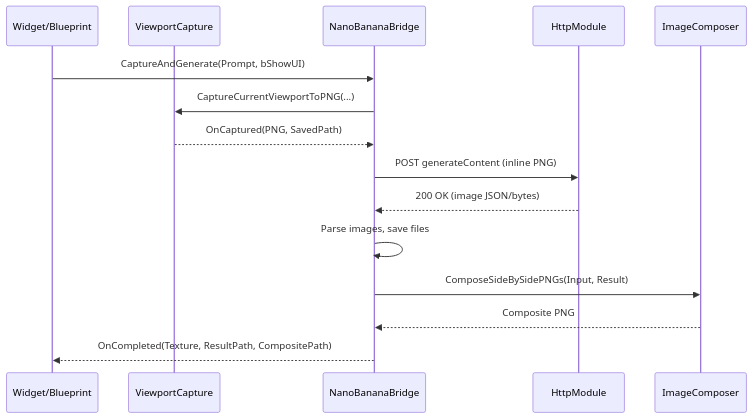
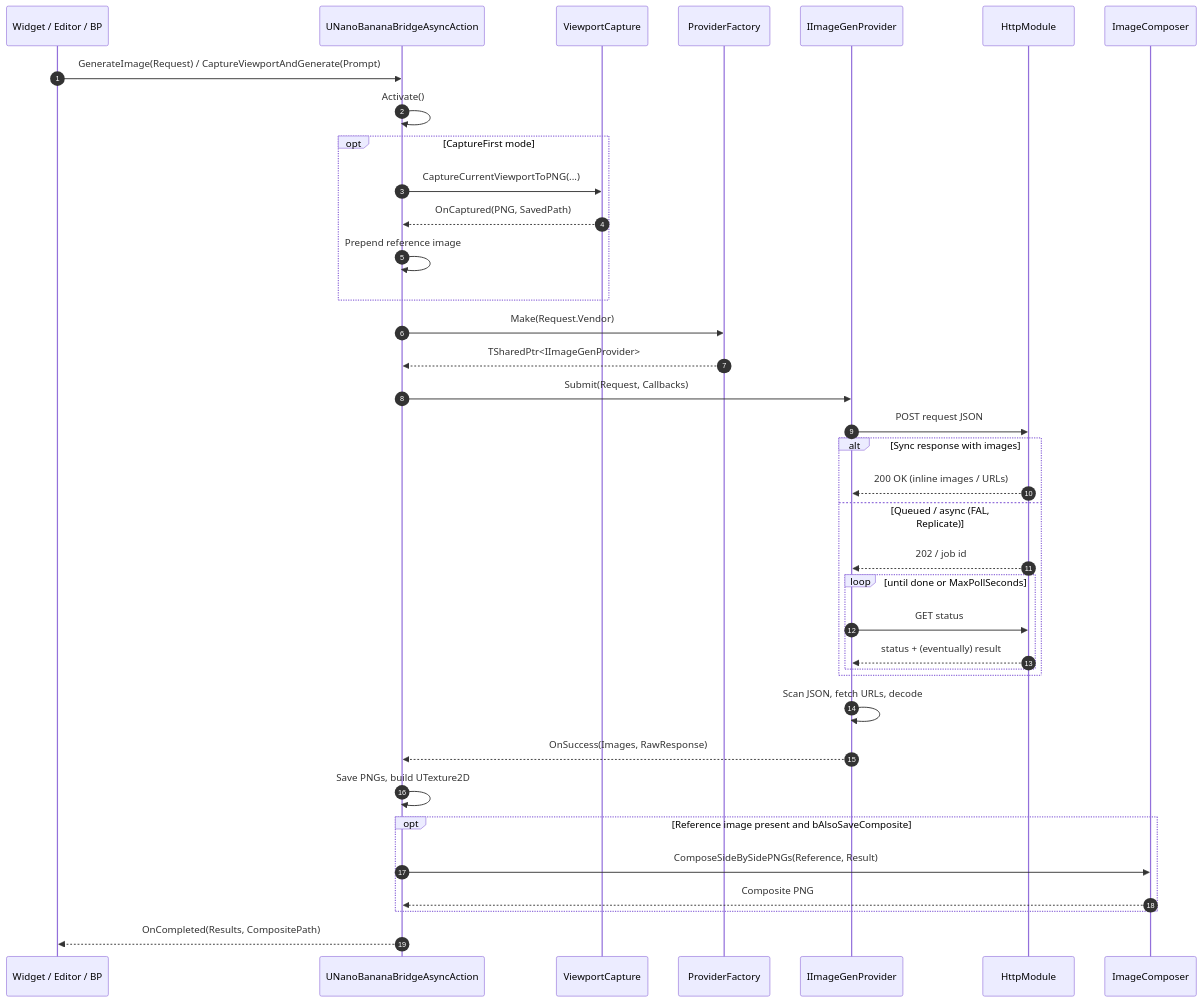
Before and after one commit to Tzeentchnet/UnrealBanana: the diagram in Design.md, drawn with Mermaid. The commit also changed other lines of this file, not shown here.

````diff
--- a/Design.md
+++ b/Design.md
@@ -35,18 +129,40 @@
 ```mermaid
 sequenceDiagram
-  participant UI as Widget/Blueprint
-  participant VC as ViewportCapture
-  participant NB as NanoBananaBridge
-  participant HTTP as HttpModule
-  participant IC as ImageComposer
+    autonumber
+    participant UI as Widget / Editor / BP
+    participant AA as UNanoBananaBridgeAsyncAction
+    participant VC as ViewportCapture
+    participant PF as ProviderFactory
+    participant Prov as IImageGenProvider
+    participant HTTP as HttpModule
+    participant IC as ImageComposer
 
-  UI->>NB: CaptureAndGenerate(Prompt, bShowUI)
-  NB->>VC: CaptureCurrentViewportToPNG(...)
-  VC-->>NB: OnCaptured(PNG, SavedPath)
-  NB->>HTTP: POST generateContent (inline PNG)
-  HTTP-->>NB: 200 OK (image JSON/bytes)
-  NB->>NB: Parse images, save files
-  NB->>IC: ComposeSideBySidePNGs(Input, Result)
-  IC-->>NB: Composite PNG
-  NB-->>UI: OnCompleted(Texture, ResultPath, CompositePath)
+    UI->>AA: GenerateImage(Request) / CaptureViewportAndGenerate(Prompt)
+    AA->>AA: Activate()
+    opt CaptureFirst mode
+        AA->>VC: CaptureCurrentViewportToPNG(...)
+        VC-->>AA: OnCaptured(PNG, SavedPath)
+        AA->>AA: Prepend reference image
+    end
+    AA->>PF: Make(Request.Vendor)
+    PF-->>AA: TSharedPtr<IImageGenProvider>
+    AA->>Prov: Submit(Request, Callbacks)
+    Prov->>HTTP: POST request JSON
+    alt Sync response with images
+        HTTP-->>Prov: 200 OK (inline images / URLs)
+    else Queued / async (FAL, Replicate)
+        HTTP-->>Prov: 202 / job id
+        loop until done or MaxPollSeconds
+            Prov->>HTTP: GET status
+            HTTP-->>Prov: status + (eventually) result
+        end
+    end
+    Prov->>Prov: Scan JSON, fetch URLs, decode
+    Prov-->>AA: OnSuccess(Images, RawResponse)
+    AA->>AA: Save PNGs, build UTexture2D
+    opt Reference image present and bAlsoSaveComposite
+        AA->>IC: ComposeSideBySidePNGs(Reference, Result)
+        IC-->>AA: Composite PNG
+    end
+    AA-->>UI: OnCompleted(Results, CompositePath)
 ```
````
